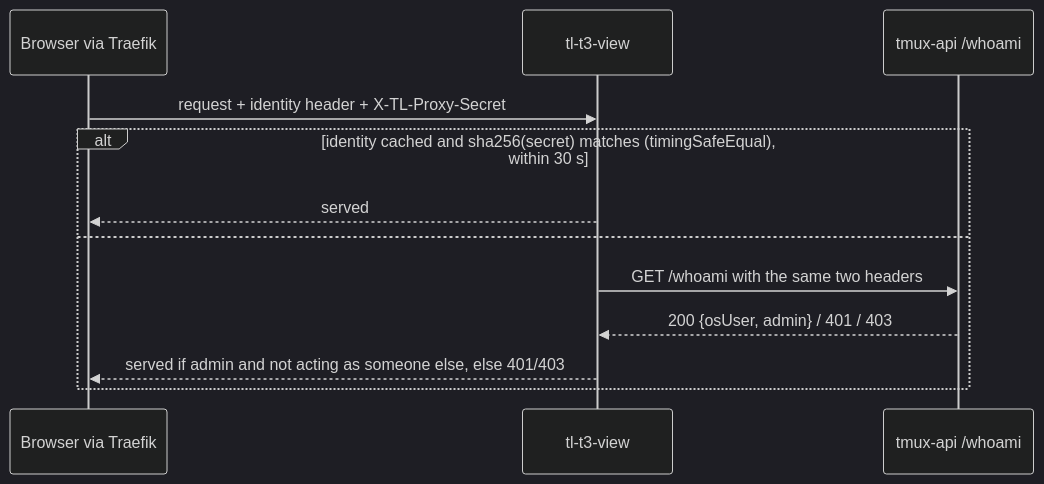
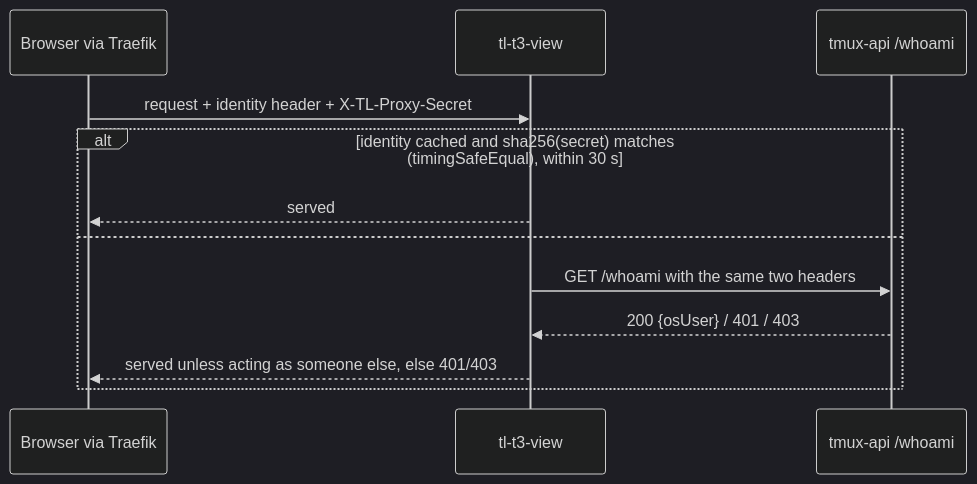
The first of 3 diagrams in t3-view/README.md (ViktorBarzin/terminal-lobby), drawn with Mermaid (dark theme) before and after one commit. The commit also changed other lines of this file and 2 other files, not shown here.

````diff
--- a/t3-view/README.md
+++ b/t3-view/README.md
@@ -106,14 +142,14 @@
 ```mermaid
 sequenceDiagram
   participant B as Browser via Traefik
   participant S as tl-t3-view
   participant T as tmux-api /whoami
   B->>S: request + identity header + X-TL-Proxy-Secret
   alt identity cached and sha256(secret) matches (timingSafeEqual), within 30 s
     S-->>B: served
   else
     S->>T: GET /whoami with the same two headers
-    T-->>S: 200 {osUser, admin} / 401 / 403
-    S-->>B: served if admin and not acting as someone else, else 401/403
+    T-->>S: 200 {osUser} / 401 / 403
+    S-->>B: served unless acting as someone else, else 401/403
   end
 ```
````
